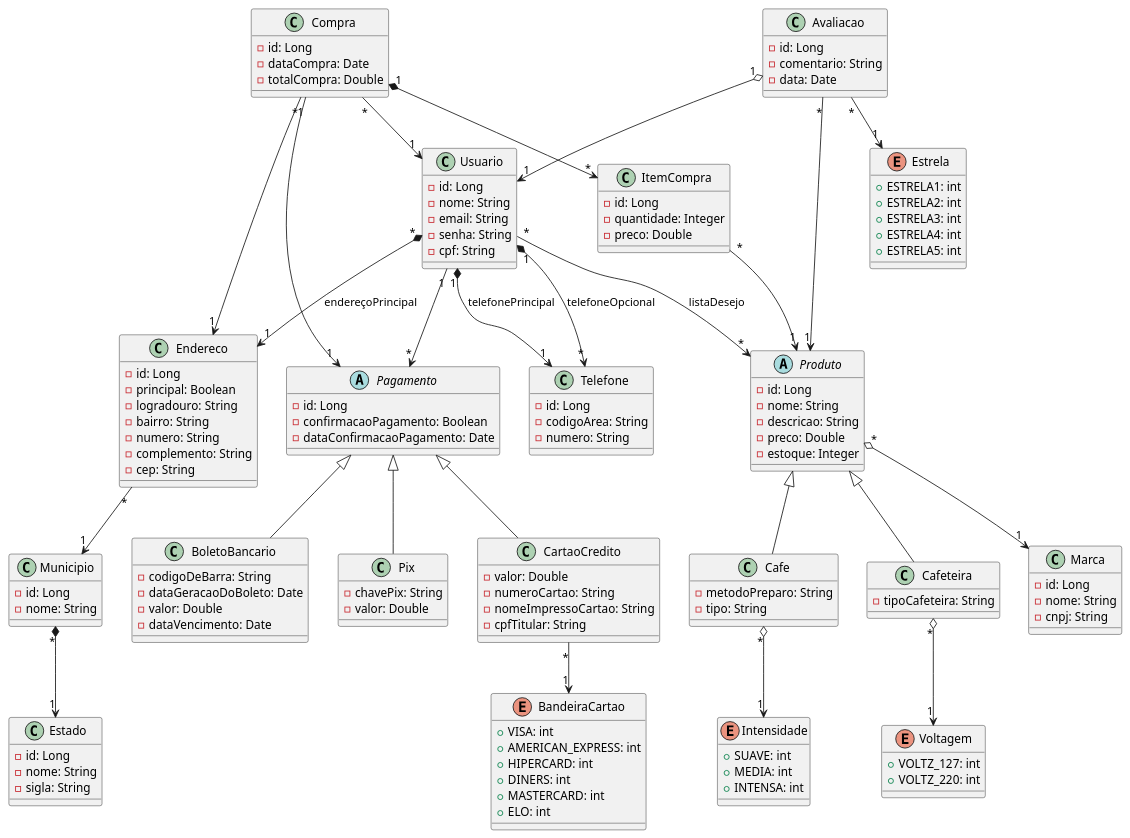
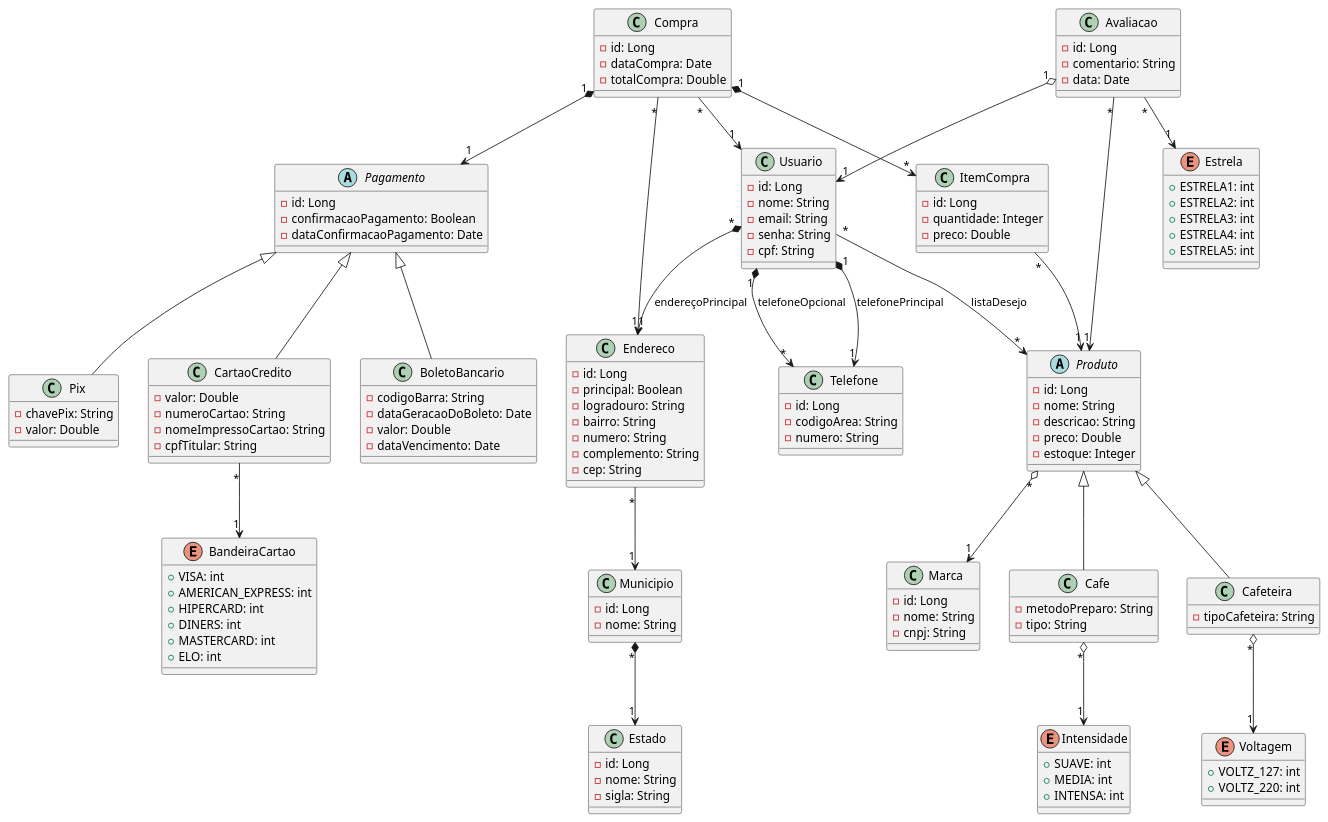
One commit to emannuelop/JavaCoffee-eCommerce changed the diagram in JavaCoffee.plantuml. Above: the diagram before and after it, drawn with PlantUML. The commit also changed 20 other files, not shown here.

```diff
--- a/JavaCoffee.plantuml
+++ b/JavaCoffee.plantuml
@@ -1,187 +1,186 @@
 @startuml Coffee-eCommerce
 
     abstract class Produto {
 
         - id: Long
         - nome: String
         - descricao: String
         - preco: Double
         - estoque: Integer
     }
 
     class Cafe {
 
         - metodoPreparo: String
         - tipo: String
     }
 
     class Cafeteira {
 
         - tipoCafeteira: String
     }
 
     enum Intensidade {
 
         + SUAVE: int
         + MEDIA: int
         + INTENSA: int
     }
 
     enum Voltagem {
 
         + VOLTZ_127: int
         + VOLTZ_220: int
     }
 
     class Marca {
 
         - id: Long
         - nome: String
         - cnpj: String
     }
 
     class Usuario {
 
         - id: Long
         - nome: String
         - email: String
         - senha: String
         - cpf: String
     }
 
     class Telefone {
 
         - id: Long
         - codigoArea: String
         - numero: String
     }
 
     class Compra {
 
         - id: Long
         - dataCompra: Date
         - totalCompra: Double
     }
 
     class ItemCompra {
 
         - id: Long
         - quantidade: Integer
         - preco: Double
     }
 
     class Endereco {
 
         - id: Long
         - principal: Boolean
         - logradouro: String
         - bairro: String
         - numero: String
         - complemento: String
         - cep: String
     }
 
     class Avaliacao {
 
         - id: Long
         - comentario: String
         - data: Date
     }
 
     enum Estrela {
 
         + ESTRELA1: int
         + ESTRELA2: int
         + ESTRELA3: int
         + ESTRELA4: int
         + ESTRELA5: int
     }
 
     abstract class Pagamento {
 
         - id: Long
         - confirmacaoPagamento: Boolean
         - dataConfirmacaoPagamento: Date
     }
 
     class BoletoBancario {
 
-        - codigoDeBarra: String
+        - codigoBarra: String
         - dataGeracaoDoBoleto: Date
         - valor: Double
         - dataVencimento: Date
     }
 
     class Pix {
 
         - chavePix: String
         - valor: Double
     }
 
     class CartaoCredito {
 
         - valor: Double
         - numeroCartao: String
         - nomeImpressoCartao: String
         - cpfTitular: String
     }
 
     enum BandeiraCartao {
 
         + VISA: int
         + AMERICAN_EXPRESS: int
         + HIPERCARD: int
         + DINERS: int
         + MASTERCARD: int
         + ELO: int
     }
 
     class Estado {
 
         - id: Long
         - nome: String
         - sigla: String
     }
 
     class Municipio {
 
         - id: Long
         - nome: String
     }
 
     Produto "*" o--> "1" Marca
 
     Cafe -up-|> Produto
     Cafe "*" o--> "1" Intensidade
 
     Cafeteira -up-|> Produto
     Cafeteira "*" o--> "1" Voltagem
 
     Municipio "*" *--> "1" Estado
 
     Endereco "*" --> "1" Municipio
 
     Usuario "*" --> "*" Produto: listaDesejo
     Usuario "1" *--> "1" Telefone: telefonePrincipal
     Usuario "1" *--> "*" Telefone: telefoneOpcional
     Usuario "*" *--> "1" Endereco: endereçoPrincipal
-    Usuario "1" --> "*" Pagamento
 
     ItemCompra "*" --> "1" Produto
 
     BoletoBancario -up-|> Pagamento
 
     Pix -up-|> Pagamento
 
     CartaoCredito -up-|> Pagamento
     CartaoCredito "*" --> "1" BandeiraCartao
 
     Compra "*" --> "1" Usuario
     Compra "1" *--> "*" ItemCompra
     Compra "*" --> "1" Endereco
-    Compra "1" --> "1" Pagamento
+    Compra "1" *--> "1" Pagamento
 
     Avaliacao "*" --> "1" Estrela
     Avaliacao "1" o--> "1" Usuario
     Avaliacao "*" --> "1" Produto
 @enduml
```
